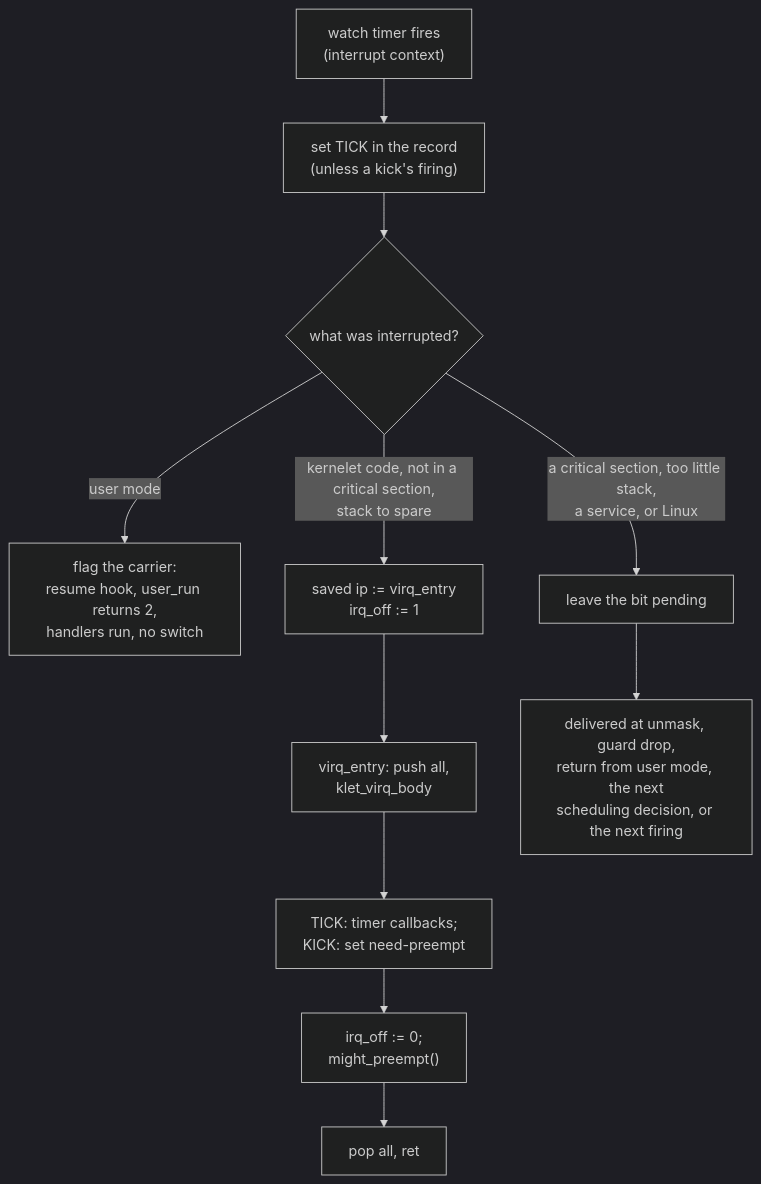
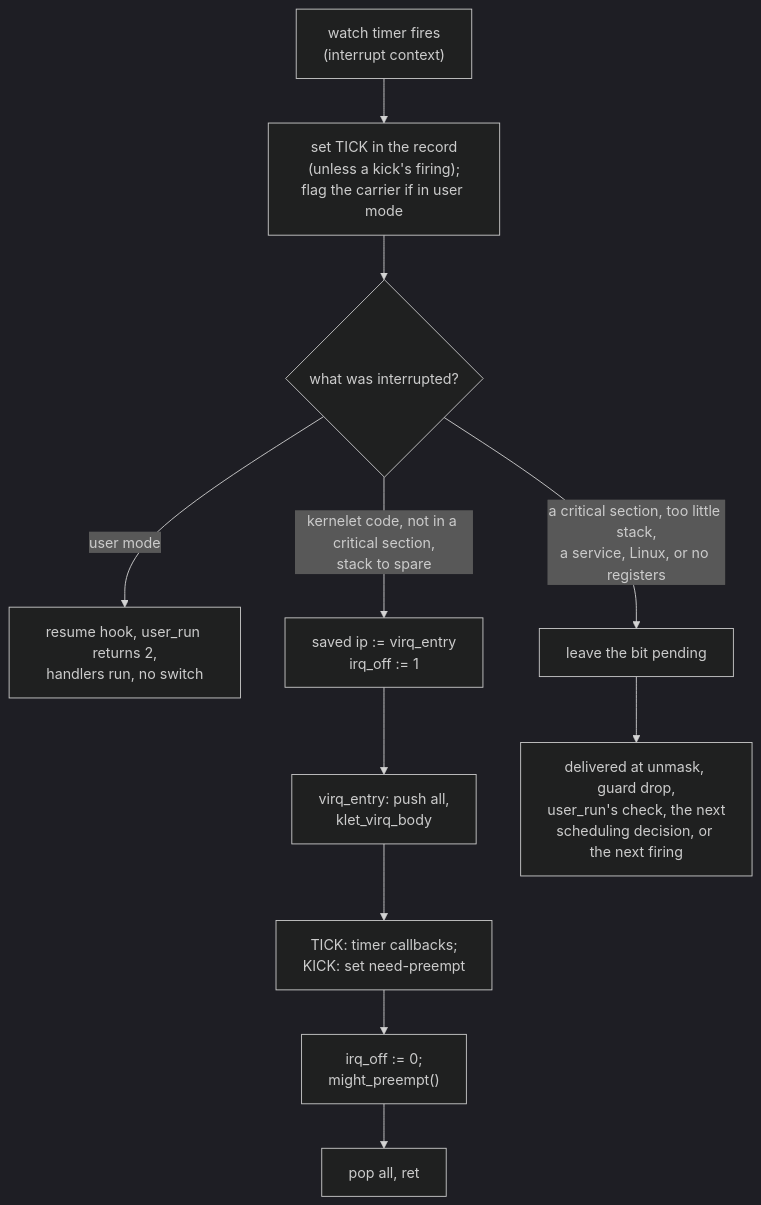
One commit to Plucky923/kernelet changed the diagram in src/virtual-interrupts.md. Above: the diagram before and after it, drawn with Mermaid (dark theme). The commit also changed other lines of this file, not shown here.

````diff
--- a/src/virtual-interrupts.md
+++ b/src/virtual-interrupts.md
@@ -177,13 +185,13 @@
 ```mermaid
 flowchart TB
-    t["watch timer fires<br/>(interrupt context)"] --> raise["set TICK in the record<br/>(unless a kick's firing)"]
+    t["watch timer fires<br/>(interrupt context)"] --> raise["set TICK in the record<br/>(unless a kick's firing);<br/>flag the carrier if in user mode"]
     raise --> where{"what was interrupted?"}
-    where -- "user mode" --> flag["flag the carrier:<br/>resume hook, user_run returns 2,<br/>handlers run, no switch"]
+    where -- "user mode" --> flag["resume hook, user_run returns 2,<br/>handlers run, no switch"]
     where -- "kernelet code, not in a critical section,<br/>stack to spare" --> redir["saved ip := virq_entry<br/>irq_off := 1"]
-    where -- "a critical section, too little stack,<br/>a service, or Linux" --> pend["leave the bit pending"]
+    where -- "a critical section, too little stack,<br/>a service, Linux, or no registers" --> pend["leave the bit pending"]
     redir --> stub["virq_entry: push all,<br/>klet_virq_body"]
     stub --> h["TICK: timer callbacks;<br/>KICK: set need-preempt"]
     h --> pre["irq_off := 0;<br/>might_preempt()"]
     pre --> ret["pop all, ret"]
-    pend --> later["delivered at unmask, guard drop,<br/>return from user mode, the next<br/>scheduling decision, or the next firing"]
+    pend --> later["delivered at unmask, guard drop,<br/>user_run's check, the next<br/>scheduling decision, or the next firing"]
 ```
````
